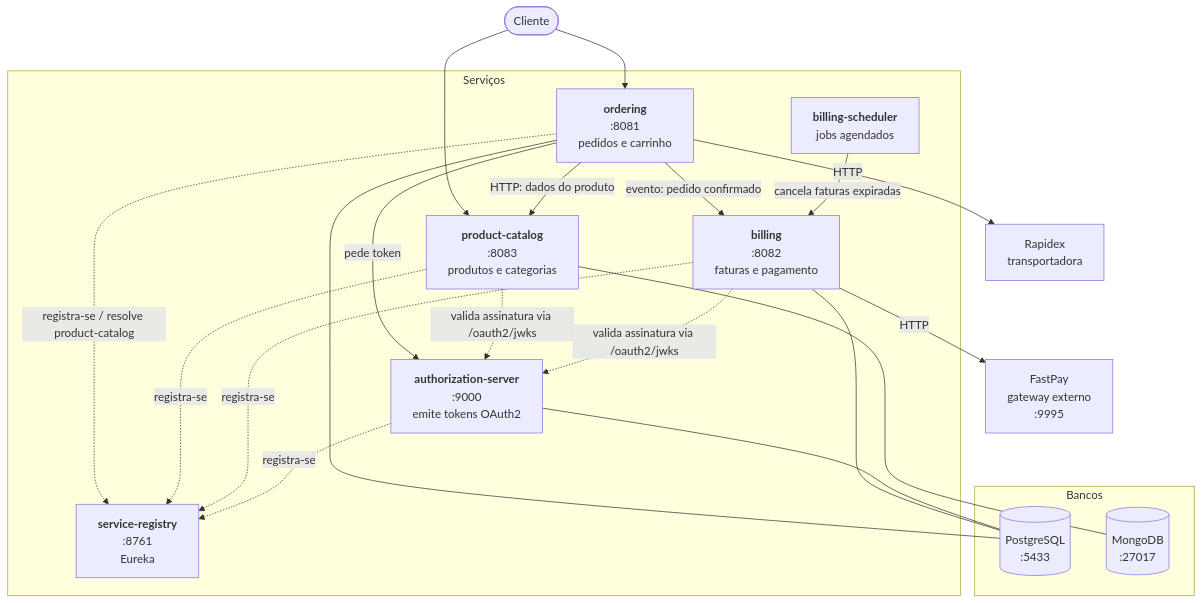
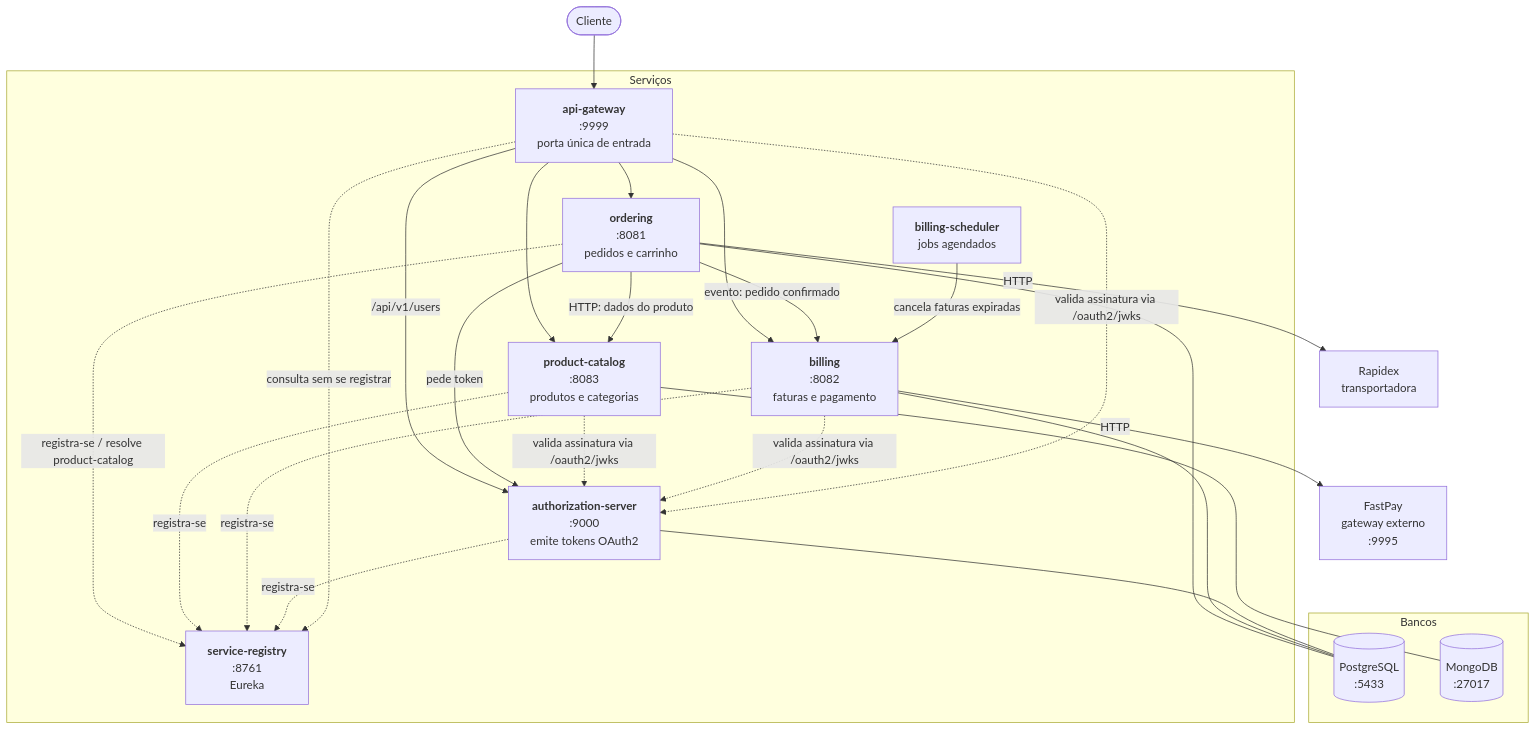
The diagram in 00-visao-geral/arquitetura.md (gabriel-lima258/algashop-docs), drawn with Mermaid before and after one commit. The commit also changed other lines of this file and 4 other files, not shown here.

Commit message:
docs: documentar api gateway como porta unica de entrada

````diff
--- a/00-visao-geral/arquitetura.md
+++ b/00-visao-geral/arquitetura.md
@@ -11,41 +11,47 @@
 ```mermaid
 graph TB
     Cliente([Cliente])
 
     subgraph Serviços
         O["<b>ordering</b><br/>:8081<br/>pedidos e carrinho"]
         C["<b>product-catalog</b><br/>:8083<br/>produtos e categorias"]
         B["<b>billing</b><br/>:8082<br/>faturas e pagamento"]
         S["<b>billing-scheduler</b><br/>jobs agendados"]
         A["<b>authorization-server</b><br/>:9000<br/>emite tokens OAuth2"]
         R["<b>service-registry</b><br/>:8761<br/>Eureka"]
+        G["<b>api-gateway</b><br/>:9999<br/>porta única de entrada"]
     end
 
     subgraph Bancos
         PG[(PostgreSQL<br/>:5433)]
         MG[(MongoDB<br/>:27017)]
     end
 
     FP[FastPay<br/>gateway externo<br/>:9995]
     RX[Rapidex<br/>transportadora]
 
-    Cliente --> O
-    Cliente --> C
+    Cliente --> G
+    G --> O
+    G --> C
+    G --> B
+    G -->|/api/v1/users| A
     O -->|HTTP: dados do produto| C
     O -->|evento: pedido confirmado| B
     B -->|HTTP| FP
     O -->|HTTP| RX
     S -->|cancela faturas expiradas| B
     O -->|pede token| A
     C -.->|valida assinatura via /oauth2/jwks| A
     B -.->|valida assinatura via /oauth2/jwks| A
     O -.->|registra-se / resolve product-catalog| R
     C -.->|registra-se| R
     B -.->|registra-se| R
     A -.->|registra-se| R
+    G -.->|consulta sem se registrar| R
+    G -.->|valida assinatura via /oauth2/jwks| A
 
     O --- PG
     B --- PG
     C --- MG
     A --- PG
 ```
````
